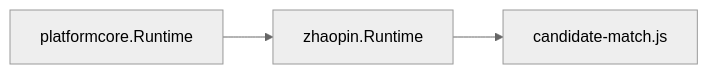
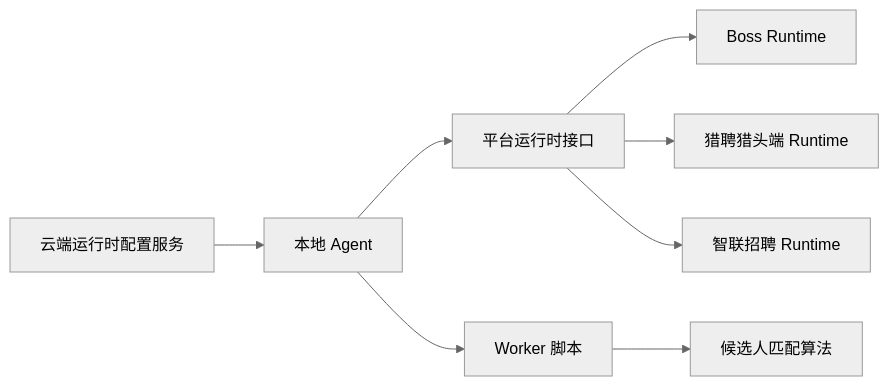
The sixth of 6 diagrams in .qoder/repowiki/zh/content/本地执行器/平台适配器/前程无忧适配器/运行时配置.md (alvinwangzi/goodhr), drawn with Mermaid (neutral theme) before and after one commit. The commit also changed other lines of this file and 149 other files, not shown here.

````diff
--- a/.qoder/repowiki/zh/content/本地执行器/平台适配器/前程无忧适配器/运行时配置.md
+++ b/.qoder/repowiki/zh/content/本地执行器/平台适配器/前程无忧适配器/运行时配置.md
@@ -205,5 +303,10 @@
 ```mermaid
 graph LR
-PC["platformcore.Runtime"] --> ZR["zhaopin.Runtime"]
-ZR --> CM["candidate-match.js"]
+CloudRC["云端运行时配置服务"] --> LocalAgent["本地 Agent"]
+LocalAgent --> PlatformCore["平台运行时接口"]
+PlatformCore --> Boss["Boss Runtime"]
+PlatformCore --> Hliepin["猎聘猎头端 Runtime"]
+PlatformCore --> Zhaopin["智联招聘 Runtime"]
+LocalAgent --> Worker["Worker 脚本"]
+Worker --> Match["候选人匹配算法"]
 ```
````
